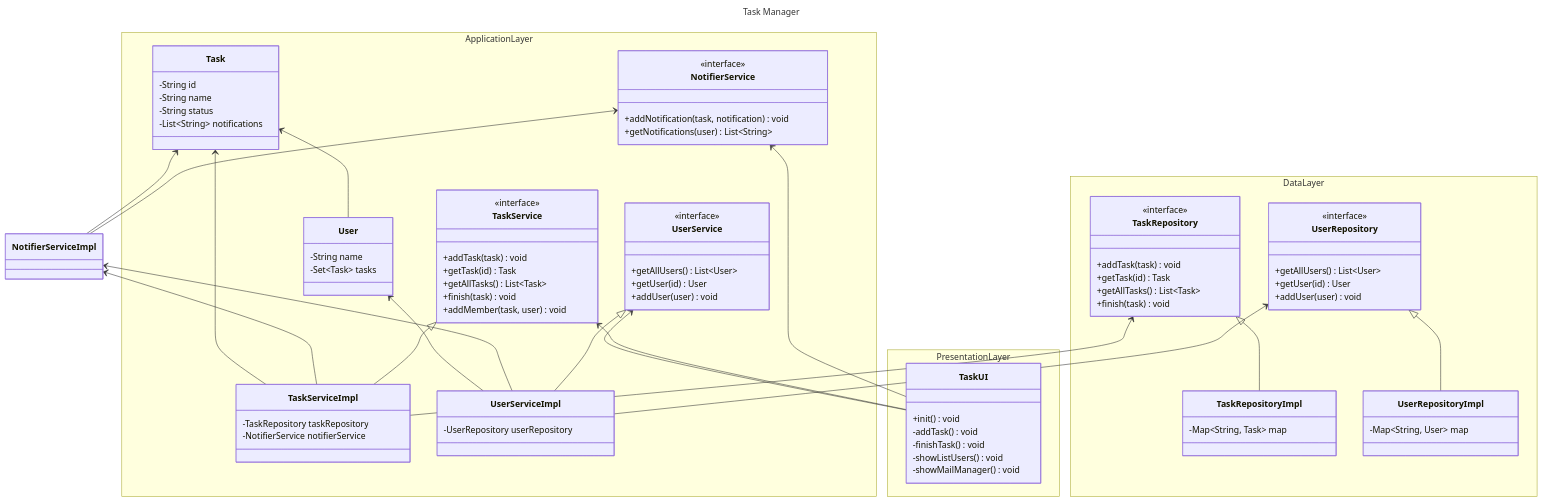
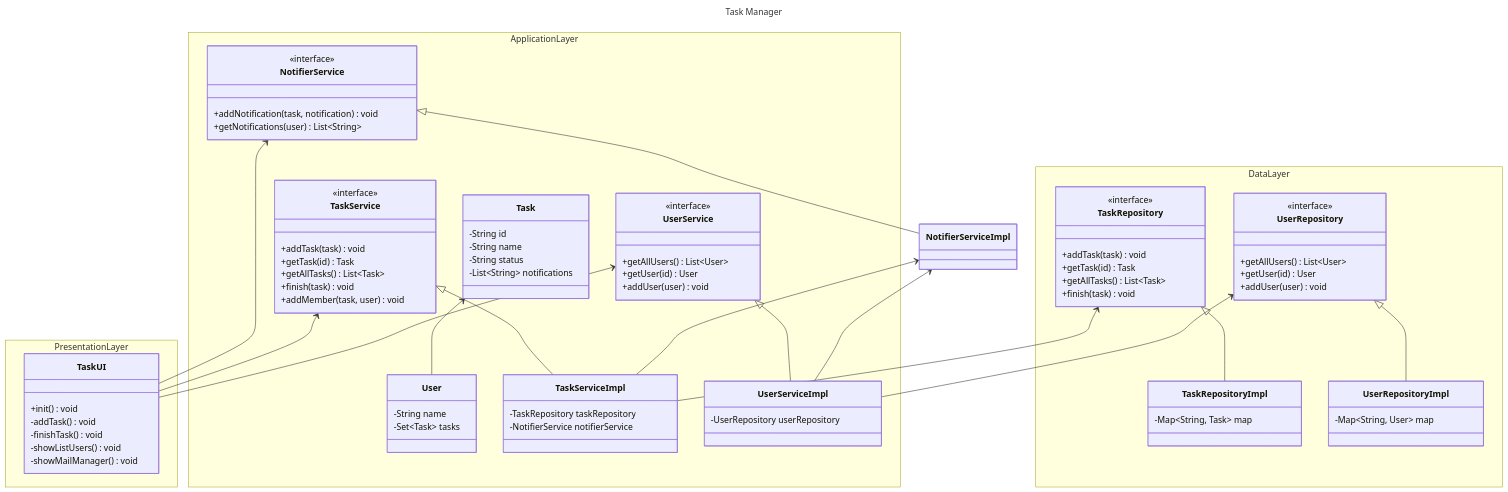
Before and after one commit to alexalvarezz123/TaskManager: the third of 3 diagrams in README.md, drawn with Mermaid.

Commit message:
UML: sorting packages

````diff
--- a/README.md
+++ b/README.md
@@ -153,6 +153,15 @@
 title: Task Manager
 ---
 classDiagram
+	namespace PresentationLayer {
+		class TaskUI {
+			+init() void
+			-addTask() void
+			-finishTask() void
+			-showListUsers() void
+			-showMailManager() void
+		}
+	}
 	namespace ApplicationLayer {
 	    class Task {
 	    	-String id
@@ -215,21 +224,12 @@
 			-Map~String, User~ map
 		}
 	}
-	namespace PresentationLayer {
-		class TaskUI {
-			+init() void
-			-addTask() void
-			-finishTask() void
-			-showListUsers() void
-			-showMailManager() void
-		}
-	}
 
     NotifierService <-- TaskUI
     TaskService <-- TaskUI
     UserService <-- TaskUI
 
-    NotifierService <-- NotifierServiceImpl
+    NotifierService <|-- NotifierServiceImpl
     TaskService <|-- TaskServiceImpl
     UserService <|-- UserServiceImpl
 
@@ -243,9 +243,4 @@
     NotifierServiceImpl <-- UserServiceImpl
 
     Task <-- User
-
-    Task <-- NotifierServiceImpl
-    Task <-- TaskServiceImpl
-    User <-- UserServiceImpl
-
 ```
````
